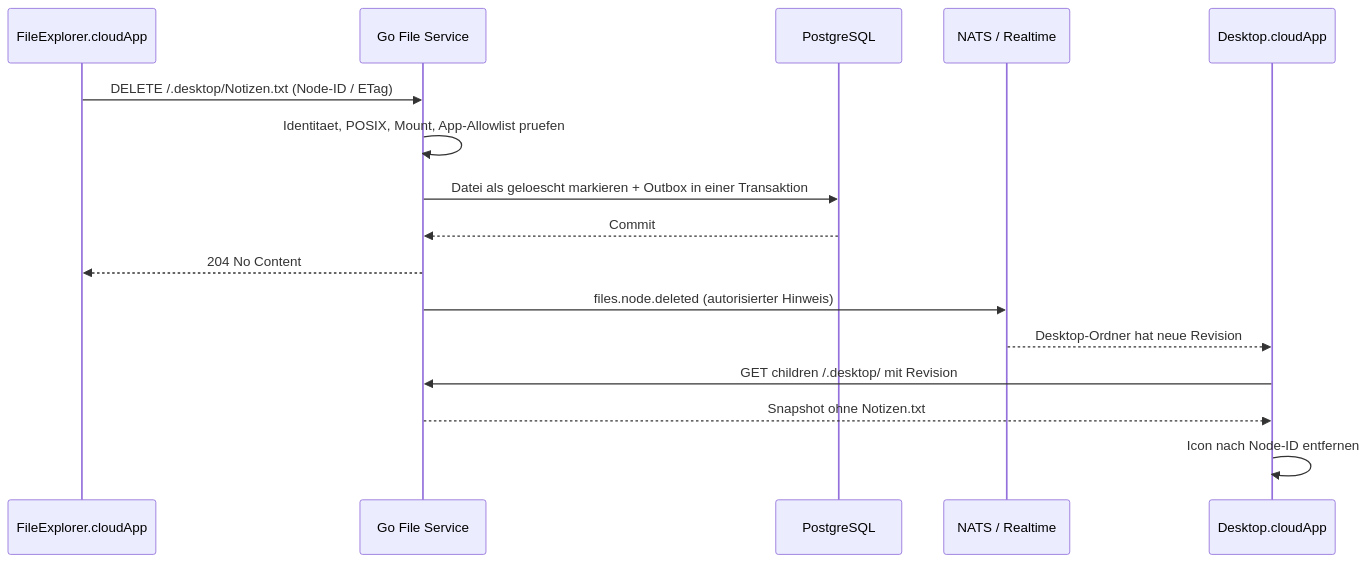
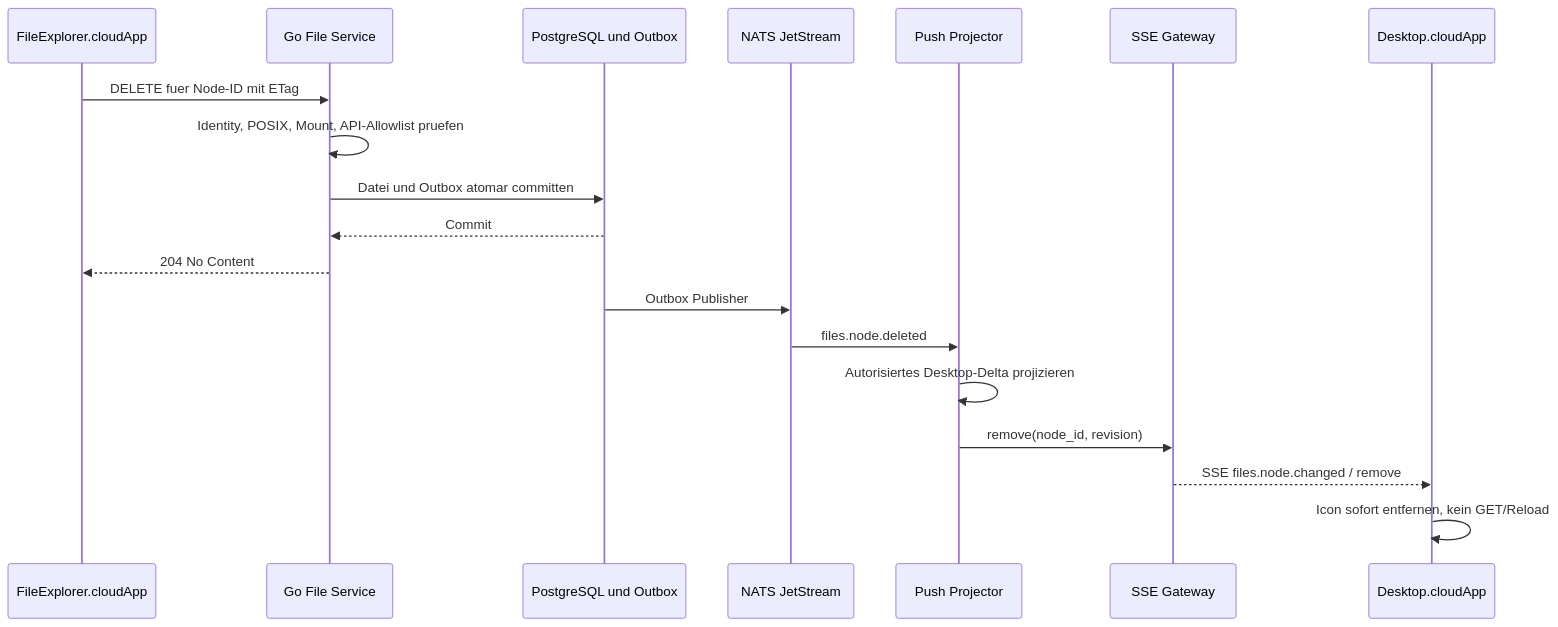
The third of 3 diagrams in docs/DESKTOP_ENVIRONMENT.md (Drezael/cloudOS), drawn with Mermaid before and after one commit. The commit also changed other lines of this file and 15 other files, not shown here.

````diff
--- a/docs/DESKTOP_ENVIRONMENT.md
+++ b/docs/DESKTOP_ENVIRONMENT.md
@@ -430,18 +440,21 @@
 ```mermaid
 sequenceDiagram
     participant E as FileExplorer.cloudApp
     participant F as Go File Service
-    participant DB as PostgreSQL
-    participant N as NATS / Realtime
+    participant DB as PostgreSQL und Outbox
+    participant N as NATS JetStream
+    participant P as Push Projector
+    participant S as SSE Gateway
     participant D as Desktop.cloudApp
-    E->>F: DELETE /.desktop/Notizen.txt (Node-ID / ETag)
-    F->>F: Identitaet, POSIX, Mount, App-Allowlist pruefen
-    F->>DB: Datei als geloescht markieren + Outbox in einer Transaktion
+    E->>F: DELETE fuer Node-ID mit ETag
+    F->>F: Identity, POSIX, Mount, API-Allowlist pruefen
+    F->>DB: Datei und Outbox atomar committen
     DB-->>F: Commit
     F-->>E: 204 No Content
-    F->>N: files.node.deleted (autorisierter Hinweis)
-    N-->>D: Desktop-Ordner hat neue Revision
-    D->>F: GET children /.desktop/ mit Revision
-    F-->>D: Snapshot ohne Notizen.txt
-    D->>D: Icon nach Node-ID entfernen
+    DB->>N: Outbox Publisher
+    N->>P: files.node.deleted
+    P->>P: Autorisiertes Desktop-Delta projizieren
+    P->>S: remove(node_id, revision)
+    S-->>D: SSE files.node.changed / remove
+    D->>D: Icon sofort entfernen, kein GET/Reload
 ```
````
